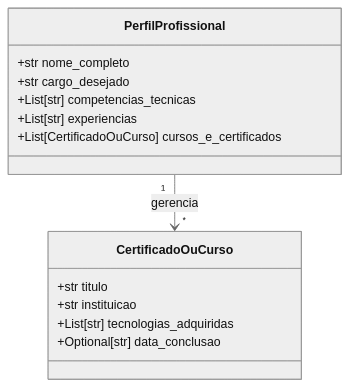
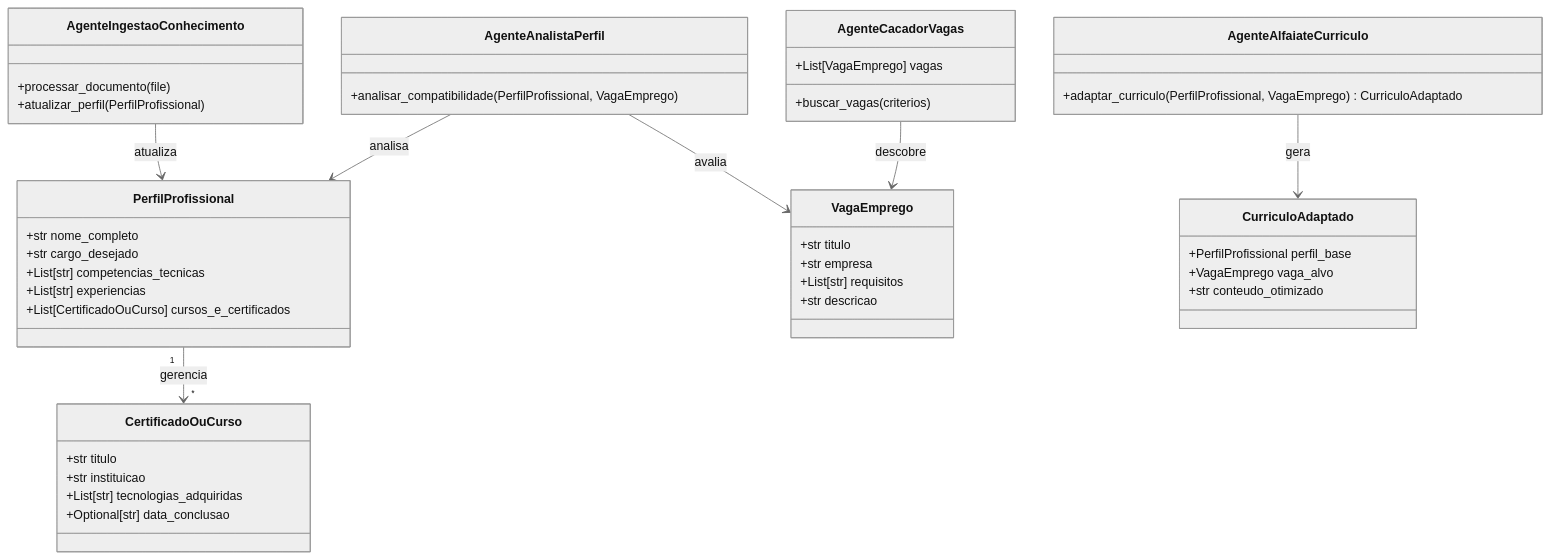
One commit to AlexCaitete/sistema-de-empregabilidade changed the diagram in README.md. Above: the diagram before and after it, drawn with Mermaid (neutral theme). The commit also changed other lines of this file, not shown here.

Commit message:
docs: atualiza readme com arquitetura multiagente completa

````diff
--- a/README.md
+++ b/README.md
@@ -21,19 +21,56 @@
 ```mermaid
 classDiagram
     class PerfilProfissional {
         +str nome_completo
         +str cargo_desejado
         +List[str] competencias_tecnicas
         +List[str] experiencias
         +List[CertificadoOuCurso] cursos_e_certificados
     }
     
     class CertificadoOuCurso {
         +str titulo
         +str instituicao
         +List[str] tecnologias_adquiridas
         +Optional[str] data_conclusao
     }
 
+    class VagaEmprego {
+        +str titulo
+        +str empresa
+        +List[str] requisitos
+        +str descricao
+    }
+
+    class CurriculoAdaptado {
+        +PerfilProfissional perfil_base
+        +VagaEmprego vaga_alvo
+        +str conteudo_otimizado
+    }
+
+    class AgenteIngestaoConhecimento {
+        +processar_documento(file)
+        +atualizar_perfil(PerfilProfissional)
+    }
+
+    class AgenteAnalistaPerfil {
+        +analisar_compatibilidade(PerfilProfissional, VagaEmprego)
+    }
+
+    class AgenteCacadorVagas {
+        +buscar_vagas(criterios)
+        +List[VagaEmprego] vagas
+    }
+
+    class AgenteAlfaiateCurriculo {
+        +adaptar_curriculo(PerfilProfissional, VagaEmprego) CurriculoAdaptado
+    }
+
     PerfilProfissional "1" --> "*" CertificadoOuCurso : gerencia
+    AgenteIngestaoConhecimento --> PerfilProfissional : atualiza
+    AgenteAnalistaPerfil --> PerfilProfissional : analisa
+    AgenteAnalistaPerfil --> VagaEmprego : avalia
+    AgenteCacadorVagas --> VagaEmprego : descobre
+    AgenteAlfaiateCurriculo --> CurriculoAdaptado : gera
+    
 ```
````
